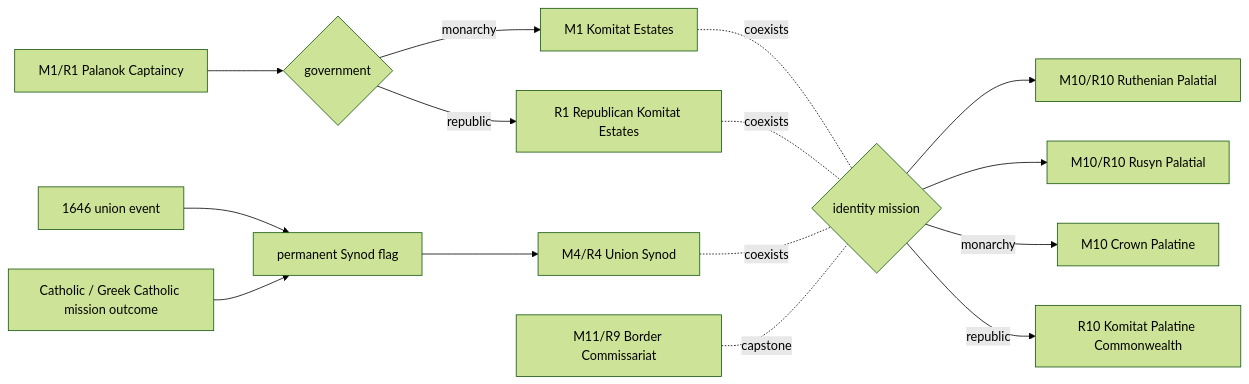
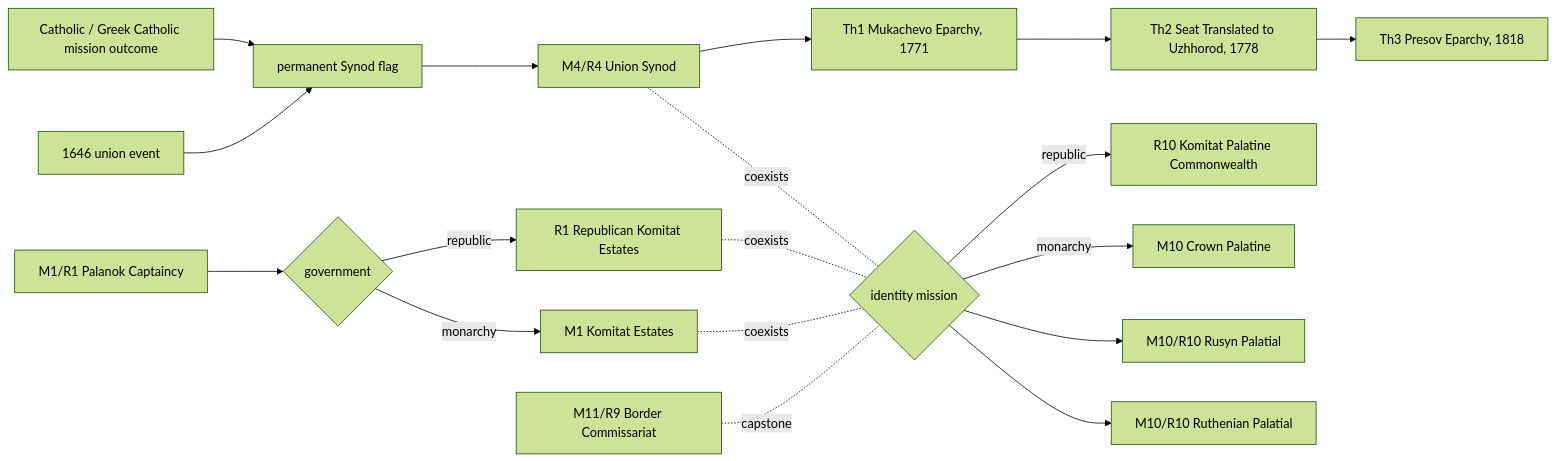
One commit to Yamtom/RIP changed the eighth of 10 diagrams in docs/GOVERNMENT_REFORMS_MAP.uk.md. Above: the diagram before and after it, drawn with Mermaid (forest theme). The commit also changed other lines of this file and 18 other files, not shown here.

````diff
--- a/docs/GOVERNMENT_REFORMS_MAP.uk.md
+++ b/docs/GOVERNMENT_REFORMS_MAP.uk.md
@@ -363,17 +377,20 @@
 ```mermaid
 flowchart LR
   P["M1/R1 Palanok Captaincy"] --> G{government}
   G -->|monarchy| KM["M1 Komitat Estates"]
   G -->|republic| KR["R1 Republican Komitat Estates"]
   KM -.coexists.- I{identity mission}
   KR -.coexists.- I
   I --> R["M10/R10 Ruthenian Palatial"]
   I --> S["M10/R10 Rusyn Palatial"]
   I -->|monarchy| U["M10 Crown Palatine"]
   I -->|republic| UR["R10 Komitat Palatine Commonwealth"]
   E["1646 union event"] --> F["permanent Synod flag"]
   M["Catholic / Greek Catholic mission outcome"] --> F
   F --> X["M4/R4 Union Synod"]
   X -.coexists.- I
   B["M11/R9 Border Commissariat"] -.capstone.- I
+  X --> Th1["Th1 Mukachevo Eparchy, 1771"]
+  Th1 --> Th2["Th2 Seat Translated to Uzhhorod, 1778"]
+  Th2 --> Th3["Th3 Presov Eparchy, 1818"]
 ```
````
